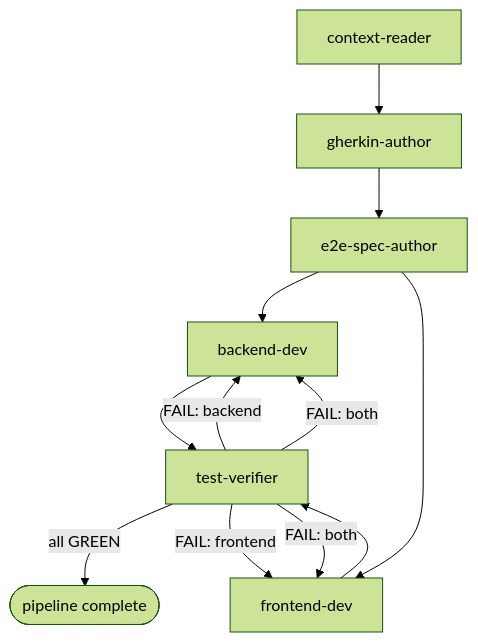
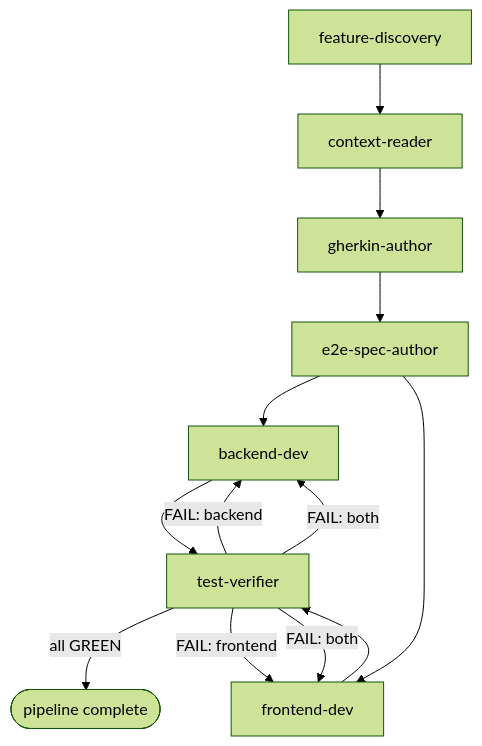
Before and after one commit to montrie/ai-development-bootcamp: the diagram in docs/AGENT_PIPELINE.md, drawn with Mermaid (forest theme). The commit also changed other lines of this file and 2 other files, not shown here.

Commit message:
Defined an agent pipeline and a feature-discovery sub-agent

````diff
--- a/docs/AGENT_PIPELINE.md
+++ b/docs/AGENT_PIPELINE.md
@@ -9,14 +9,15 @@
 ```mermaid
 flowchart TD
+    FDS[feature-discovery] --> CR[context-reader]
     CR[context-reader] --> GA[gherkin-author]
     GA --> E2E[e2e-spec-author]
     E2E --> BD[backend-dev]
     E2E --> FD[frontend-dev]
     BD --> TV[test-verifier]
     FD --> TV
     TV -->|all GREEN| DONE([pipeline complete])
     TV -->|FAIL: backend| BD
     TV -->|FAIL: frontend| FD
     TV -->|FAIL: both| BD
     TV -->|FAIL: both| FD
 ```
````
